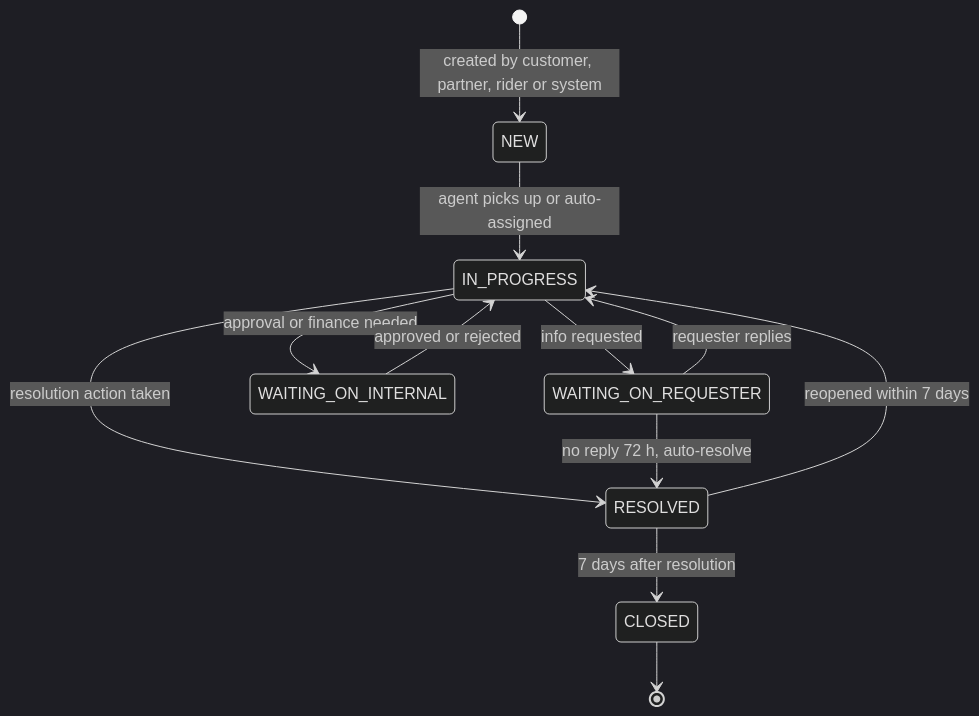
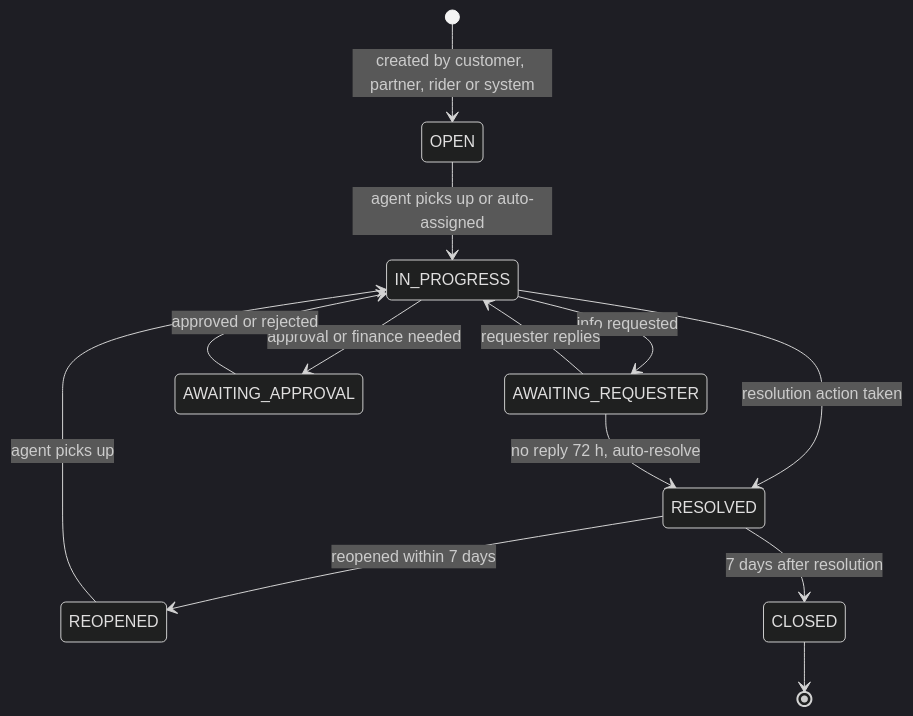
The second of 3 diagrams in docs/planning/07-admin-workflow.md (storetmobiles2-code/rovo), drawn with Mermaid (dark theme) before and after one commit. The commit also changed other lines of this file and 13 other files, not shown here.

````diff
--- a/docs/planning/07-admin-workflow.md
+++ b/docs/planning/07-admin-workflow.md
@@ -261,14 +279,15 @@
 ```mermaid
 stateDiagram-v2
-    [*] --> NEW: created by customer, partner, rider or system
-    NEW --> IN_PROGRESS: agent picks up or auto-assigned
-    IN_PROGRESS --> WAITING_ON_REQUESTER: info requested
-    WAITING_ON_REQUESTER --> IN_PROGRESS: requester replies
-    IN_PROGRESS --> WAITING_ON_INTERNAL: approval or finance needed
-    WAITING_ON_INTERNAL --> IN_PROGRESS: approved or rejected
+    [*] --> OPEN: created by customer, partner, rider or system
+    OPEN --> IN_PROGRESS: agent picks up or auto-assigned
+    IN_PROGRESS --> AWAITING_REQUESTER: info requested
+    AWAITING_REQUESTER --> IN_PROGRESS: requester replies
+    IN_PROGRESS --> AWAITING_APPROVAL: approval or finance needed
+    AWAITING_APPROVAL --> IN_PROGRESS: approved or rejected
     IN_PROGRESS --> RESOLVED: resolution action taken
-    WAITING_ON_REQUESTER --> RESOLVED: no reply 72 h, auto-resolve
-    RESOLVED --> IN_PROGRESS: reopened within 7 days
+    AWAITING_REQUESTER --> RESOLVED: no reply 72 h, auto-resolve
+    RESOLVED --> REOPENED: reopened within 7 days
+    REOPENED --> IN_PROGRESS: agent picks up
     RESOLVED --> CLOSED: 7 days after resolution
     CLOSED --> [*]
 ```
````
